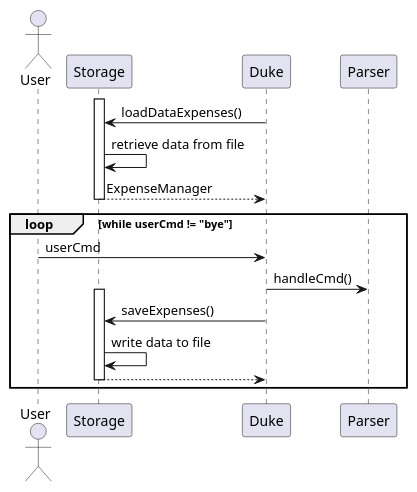
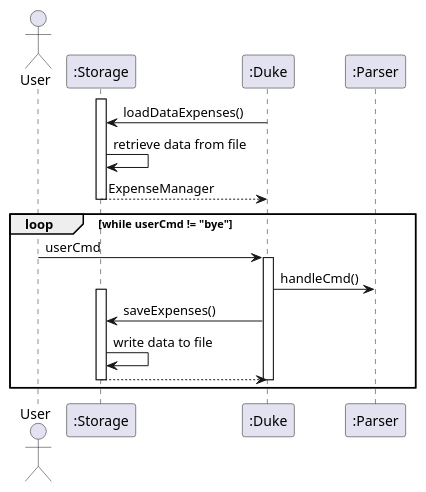
The diagram in docs/diagrams/storage.puml (waiter-palypoo/tp), drawn with PlantUML before and after one commit.

Commit message:
Add colon and activation bar for Storage sequence diagram

```diff
--- a/docs/diagrams/storage.puml
+++ b/docs/diagrams/storage.puml
@@ -1,21 +1,27 @@
 @startuml
 
 actor User
+
+participant ":Storage" as Storage
+participant ":Duke" as Duke
+participant ":Parser" as Parser
 
 activate Storage
 Duke -> Storage: loadDataExpenses()
 Storage -> Storage: retrieve data from file
 Storage --> Duke: ExpenseManager
 deactivate Storage
 
 loop while userCmd != "bye"
     User -> Duke: userCmd
+    activate Duke
     Duke -> Parser: handleCmd()
     activate Storage
     Duke -> Storage: saveExpenses()
     Storage -> Storage: write data to file
     Storage --> Duke
+    deactivate Duke
     deactivate Storage
 end
 
 @enduml
```
